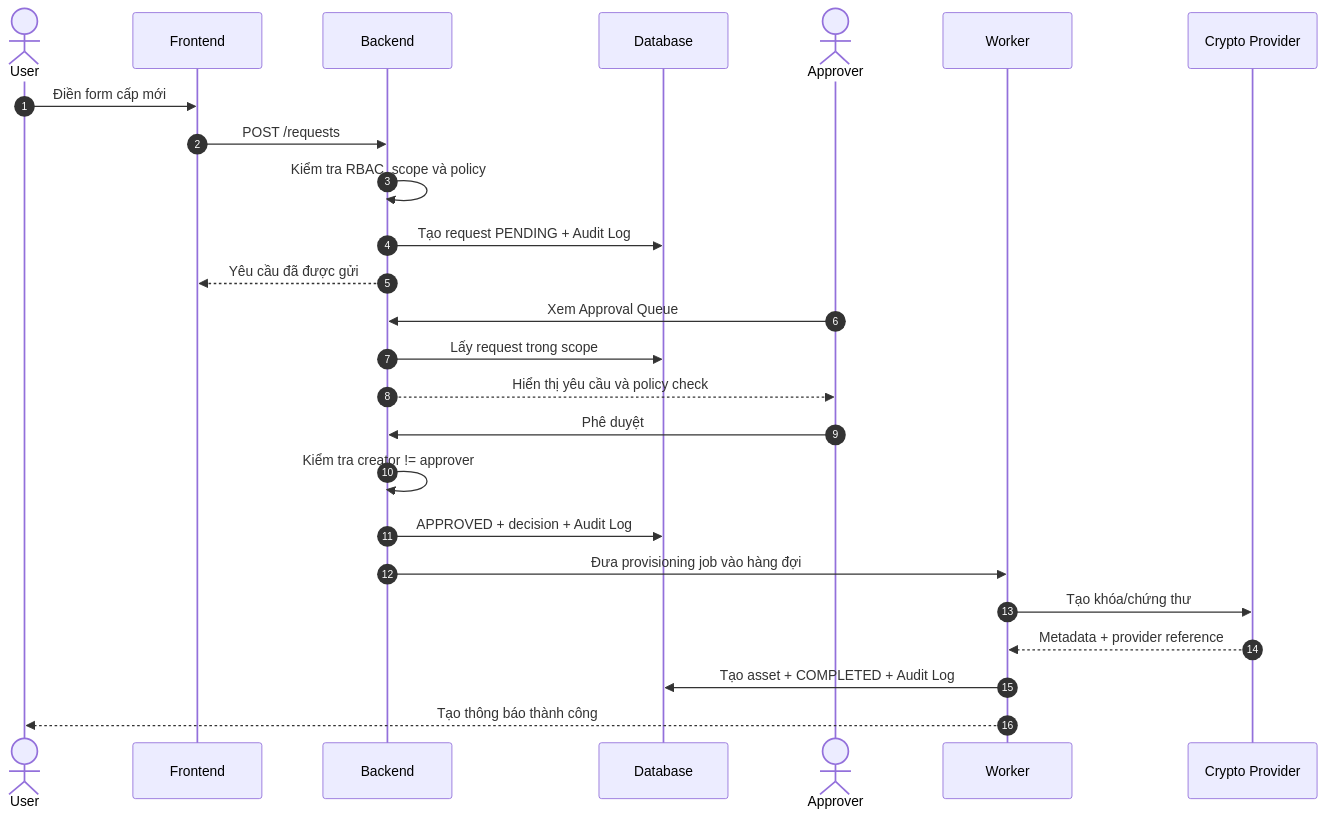
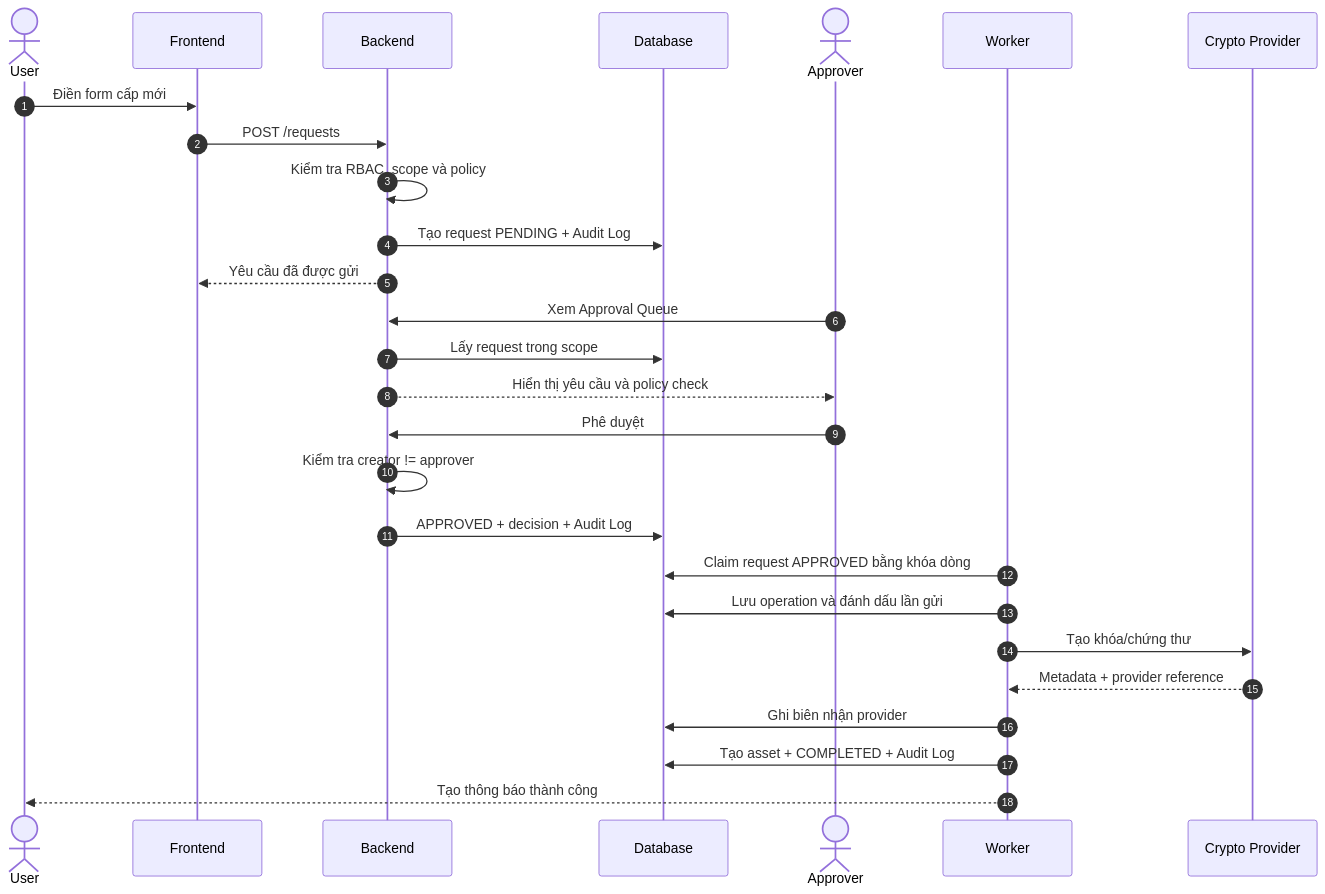
Before and after one commit to Eyblcat12/Cryta: the third of 9 diagrams in 01_luong_hoat_dong_he_thong.md, drawn with Mermaid. The commit also changed other lines of this file and 356 other files, not shown here.

````diff
--- a/01_luong_hoat_dong_he_thong.md
+++ b/01_luong_hoat_dong_he_thong.md
@@ -120,30 +124,31 @@
 ```mermaid
 sequenceDiagram
     autonumber
     actor U as User
     participant FE as Frontend
     participant API as Backend
     participant DB as Database
     actor A as Approver
     participant W as Worker
     participant CP as Crypto Provider
 
     U->>FE: Điền form cấp mới
     FE->>API: POST /requests
     API->>API: Kiểm tra RBAC, scope và policy
     API->>DB: Tạo request PENDING + Audit Log
     API-->>FE: Yêu cầu đã được gửi
 
     A->>API: Xem Approval Queue
     API->>DB: Lấy request trong scope
     API-->>A: Hiển thị yêu cầu và policy check
     A->>API: Phê duyệt
     API->>API: Kiểm tra creator != approver
     API->>DB: APPROVED + decision + Audit Log
-    API->>W: Đưa provisioning job vào hàng đợi
-
+    W->>DB: Claim request APPROVED bằng khóa dòng
+    W->>DB: Lưu operation và đánh dấu lần gửi
     W->>CP: Tạo khóa/chứng thư
     CP-->>W: Metadata + provider reference
+    W->>DB: Ghi biên nhận provider
     W->>DB: Tạo asset + COMPLETED + Audit Log
     W-->>U: Tạo thông báo thành công
 ```
````
